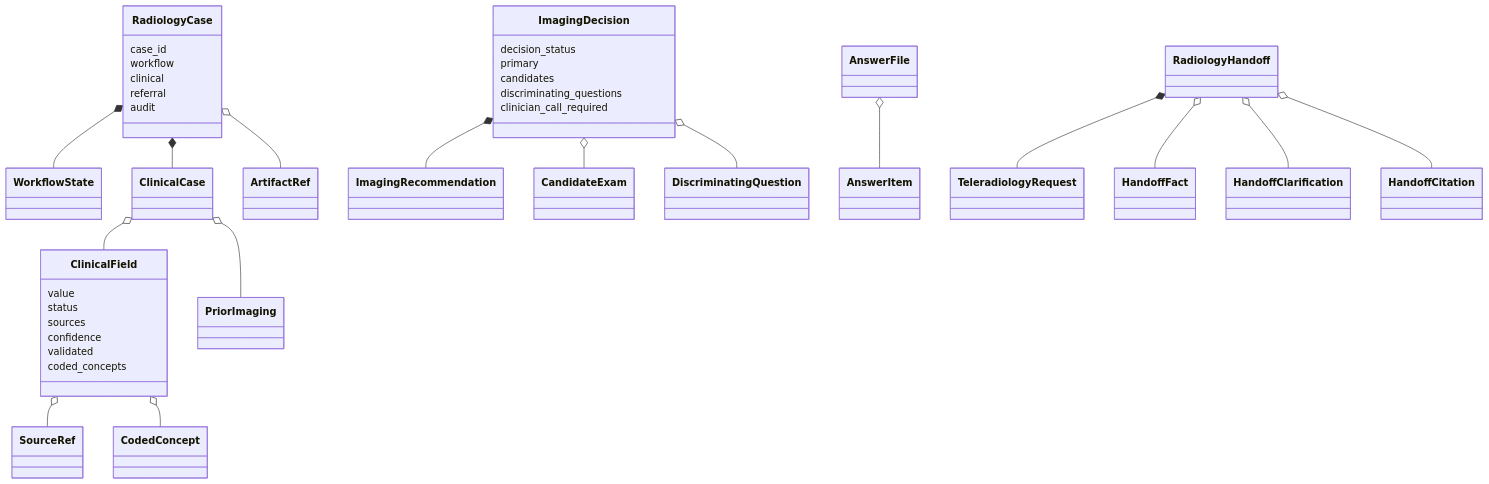
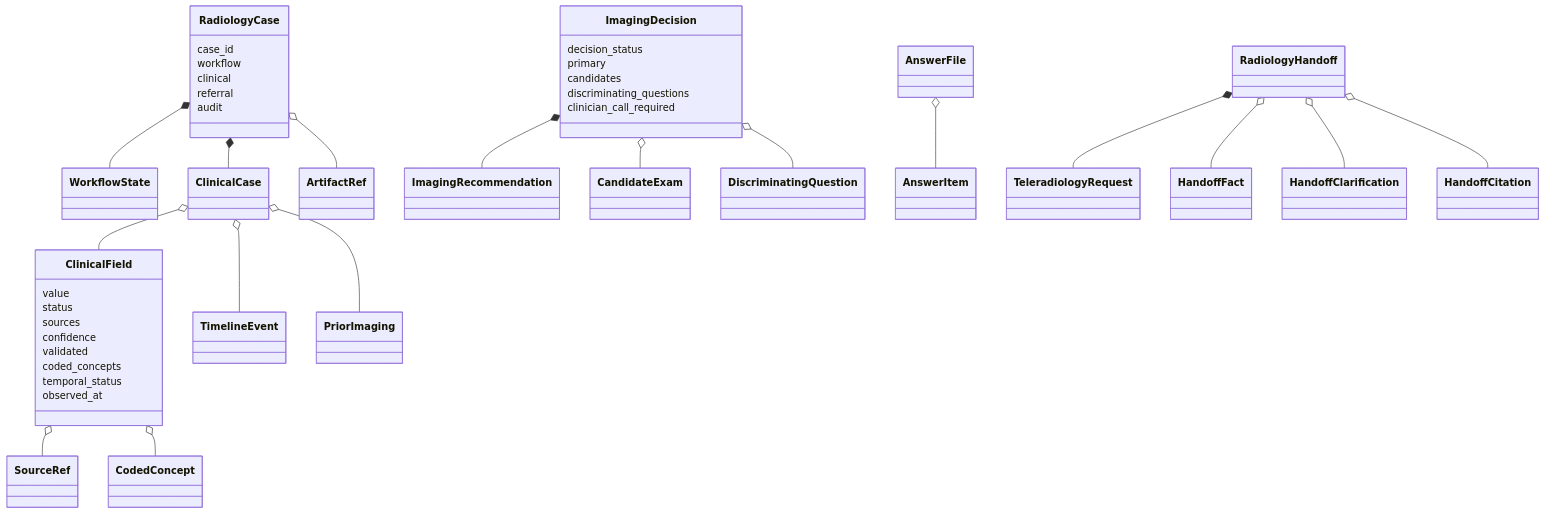
The first of 2 diagrams in docs/data-model.md (Thibescobar/bulkinout), drawn with Mermaid before and after one commit. The commit also changed other lines of this file and 47 other files, not shown here.

Commit message:
Add clinical reconciliation and timeline

````diff
--- a/docs/data-model.md
+++ b/docs/data-model.md
@@ -7,41 +7,44 @@
 ```mermaid
 classDiagram
     RadiologyCase *-- WorkflowState
     RadiologyCase *-- ClinicalCase
     RadiologyCase o-- ArtifactRef
     ClinicalCase o-- ClinicalField
+    ClinicalCase o-- TimelineEvent
     ClinicalCase o-- PriorImaging
     ClinicalField o-- SourceRef
     ClinicalField o-- CodedConcept
     ImagingDecision *-- ImagingRecommendation
     ImagingDecision o-- CandidateExam
     ImagingDecision o-- DiscriminatingQuestion
     AnswerFile o-- AnswerItem
     RadiologyHandoff *-- TeleradiologyRequest
     RadiologyHandoff o-- HandoffFact
     RadiologyHandoff o-- HandoffClarification
     RadiologyHandoff o-- HandoffCitation
 
     class RadiologyCase {
         case_id
         workflow
         clinical
         referral
         audit
     }
     class ClinicalField {
         value
         status
         sources
         confidence
         validated
         coded_concepts
+        temporal_status
+        observed_at
     }
     class ImagingDecision {
         decision_status
         primary
         candidates
         discriminating_questions
         clinician_call_required
     }
 ```
````
